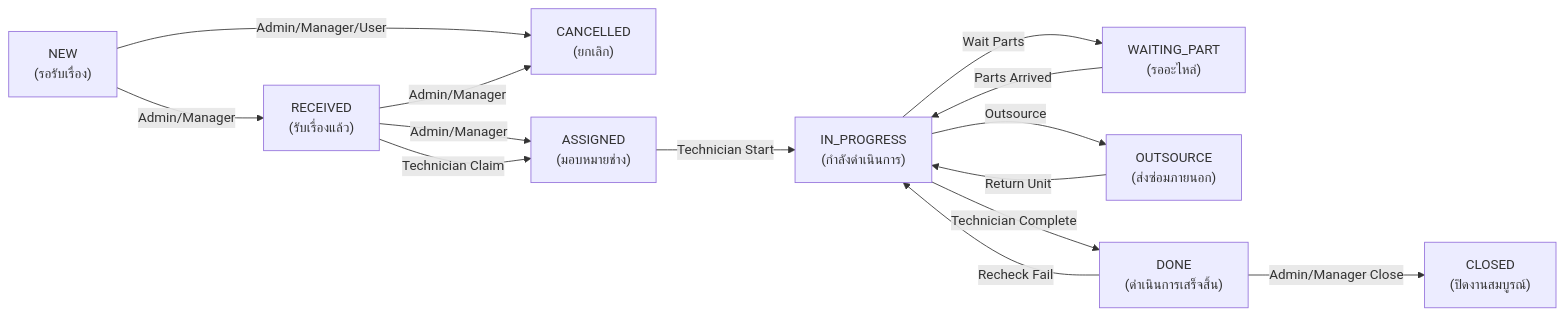
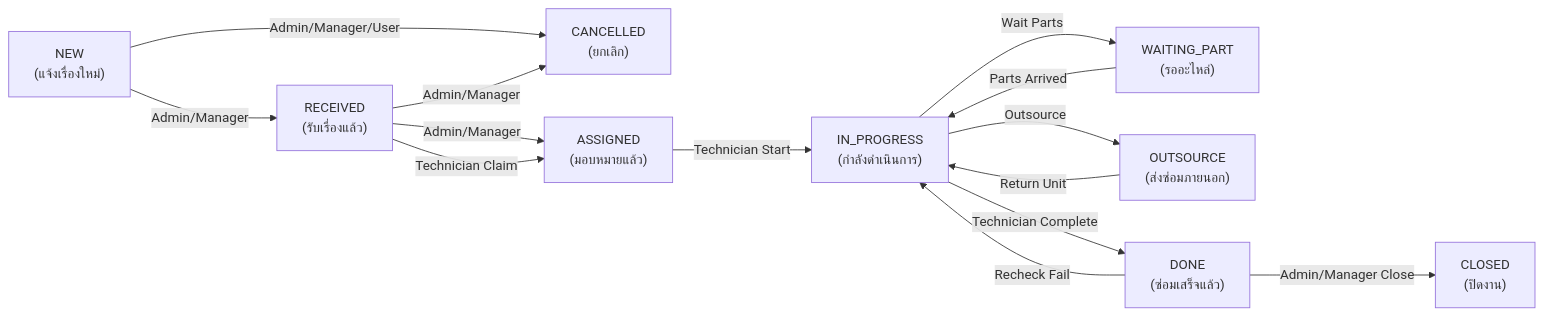
One commit to longzedesign-dotcom/FRSOnline changed the second of 2 diagrams in DATA_DIAGRAM_AND_WORKFLOW.md. Above: the diagram before and after it, drawn with Mermaid. The commit also changed other lines of this file and 4 other files, not shown here.

````diff
--- a/DATA_DIAGRAM_AND_WORKFLOW.md
+++ b/DATA_DIAGRAM_AND_WORKFLOW.md
@@ -201,16 +201,16 @@
 ```mermaid
 graph LR
-    A["NEW<br>(รอรับเรื่อง)"] -->|Admin/Manager| B["RECEIVED<br>(รับเรื่องแล้ว)"]
+    A["NEW<br>(แจ้งเรื่องใหม่)"] -->|Admin/Manager| B["RECEIVED<br>(รับเรื่องแล้ว)"]
     A -->|Admin/Manager/User| X["CANCELLED<br>(ยกเลิก)"]
-    B -->|Admin/Manager| C["ASSIGNED<br>(มอบหมายช่าง)"]
+    B -->|Admin/Manager| C["ASSIGNED<br>(มอบหมายแล้ว)"]
     B -->|Technician Claim| C
     B -->|Admin/Manager| X
     C -->|Technician Start| D["IN_PROGRESS<br>(กำลังดำเนินการ)"]
     D -->|Wait Parts| E["WAITING_PART<br>(รออะไหล่)"]
     D -->|Outsource| F["OUTSOURCE<br>(ส่งซ่อมภายนอก)"]
     E -->|Parts Arrived| D
     F -->|Return Unit| D
-    D -->|Technician Complete| G["DONE<br>(ดำเนินการเสร็จสิ้น)"]
-    G -->|Admin/Manager Close| H["CLOSED<br>(ปิดงานสมบูรณ์)"]
+    D -->|Technician Complete| G["DONE<br>(ซ่อมเสร็จแล้ว)"]
+    G -->|Admin/Manager Close| H["CLOSED<br>(ปิดงาน)"]
     G -->|Recheck Fail| D
 ```
````
